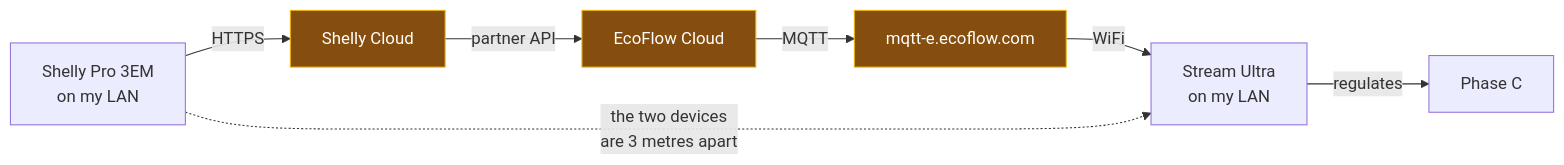
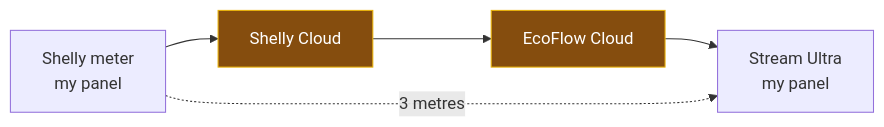
Before and after one commit to phoinixgrr/mastori: the diagram in content/posts/ecoflow-zero-export-ble-meter-injection/index.md, drawn with Mermaid. The commit also changed other lines of this file, not shown here.

```diff
--- a/content/posts/ecoflow-zero-export-ble-meter-injection/index.md
+++ b/content/posts/ecoflow-zero-export-ble-meter-injection/index.md
@@ -46,13 +45,10 @@
 {{< mermaid >}}
 flowchart LR
-    S["Shelly Pro 3EM<br/>on my LAN"] -->|"HTTPS"| SC["Shelly Cloud"]
-    SC -->|"partner API"| EC["EcoFlow Cloud"]
-    EC -->|"MQTT"| M["mqtt-e.ecoflow.com"]
-    M -->|"WiFi"| U["Stream Ultra<br/>on my LAN"]
-    U -->|"regulates"| G["Phase C"]
-    S -.->|"the two devices<br/>are 3 metres apart"| U
+    S["Shelly meter<br/>my panel"] --> SC["Shelly Cloud"]
+    SC --> EC["EcoFlow Cloud"]
+    EC --> U["Stream Ultra<br/>my panel"]
+    S -.->|"3 metres"| U
 
     style SC fill:#854d0e,stroke:#eab308,color:#fff
     style EC fill:#854d0e,stroke:#eab308,color:#fff
-    style M fill:#854d0e,stroke:#eab308,color:#fff
 {{< /mermaid >}}
```
